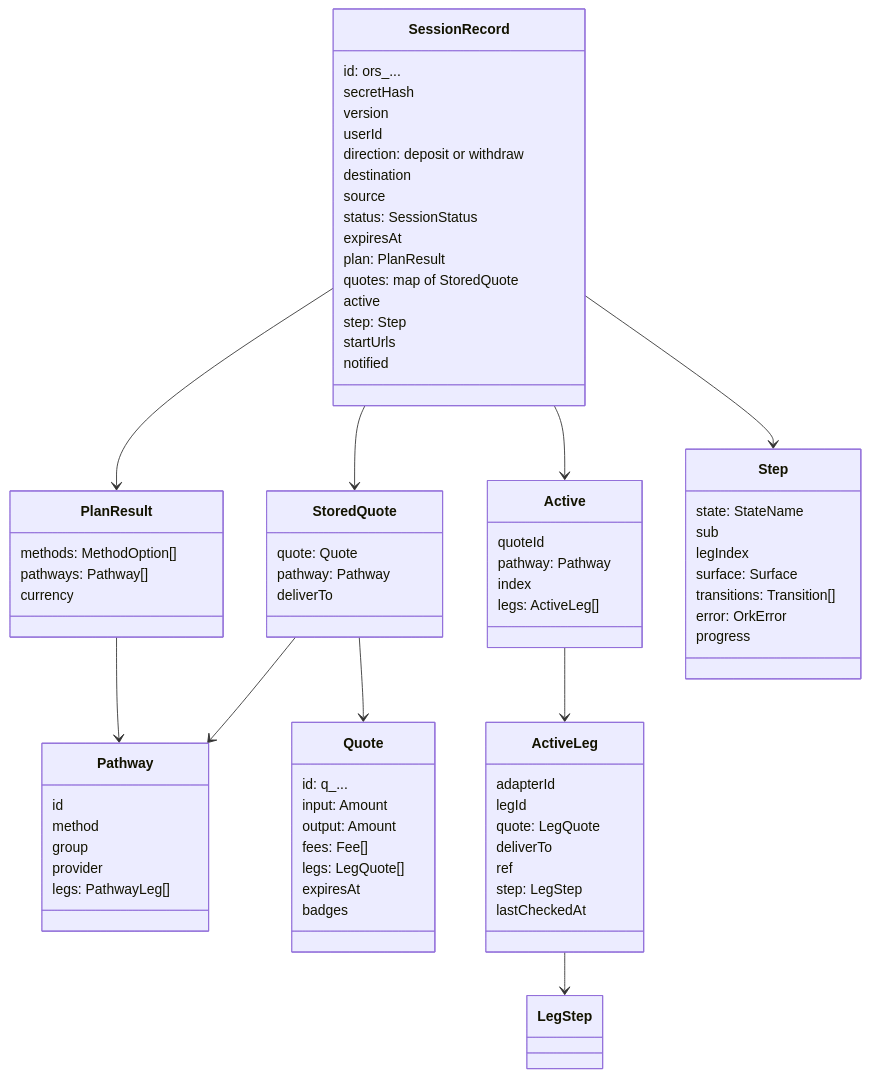
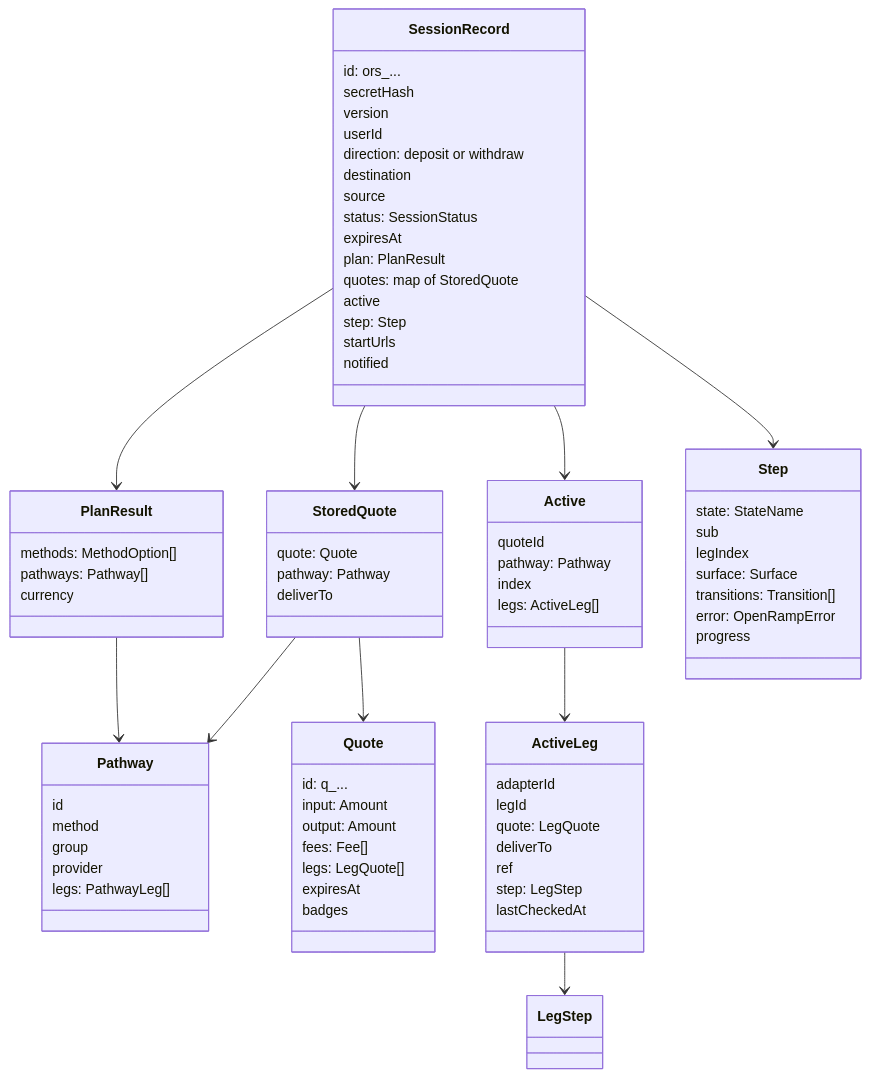
The third of 5 diagrams in docs/concepts/architecture.md (yosriady/openrampkit), drawn with Mermaid before and after one commit. The commit also changed 154 other files, not shown here.

First line of the commit message:
Rename Ork* to OpenRamp* and Amount.amount to Amount.value

````diff
--- a/docs/concepts/architecture.md
+++ b/docs/concepts/architecture.md
@@ -102,79 +102,79 @@
 ```mermaid
 classDiagram
   class SessionRecord {
     id: ors_...
     secretHash
     version
     userId
     direction: deposit or withdraw
     destination
     source
     status: SessionStatus
     expiresAt
     plan: PlanResult
     quotes: map of StoredQuote
     active
     step: Step
     startUrls
     notified
   }
   class PlanResult {
     methods: MethodOption[]
     pathways: Pathway[]
     currency
   }
   class Pathway {
     id
     method
     group
     provider
     legs: PathwayLeg[]
   }
   class StoredQuote {
     quote: Quote
     pathway: Pathway
     deliverTo
   }
   class Quote {
     id: q_...
     input: Amount
     output: Amount
     fees: Fee[]
     legs: LegQuote[]
     expiresAt
     badges
   }
   class Active {
     quoteId
     pathway: Pathway
     index
     legs: ActiveLeg[]
   }
   class ActiveLeg {
     adapterId
     legId
     quote: LegQuote
     deliverTo
     ref
     step: LegStep
     lastCheckedAt
   }
   class Step {
     state: StateName
     sub
     legIndex
     surface: Surface
     transitions: Transition[]
-    error: OrkError
+    error: OpenRampError
     progress
   }
   SessionRecord --> PlanResult
   PlanResult --> Pathway
   SessionRecord --> StoredQuote
   StoredQuote --> Quote
   StoredQuote --> Pathway
   SessionRecord --> Active
   Active --> ActiveLeg
   ActiveLeg --> LegStep
   SessionRecord --> Step
 ```
````
